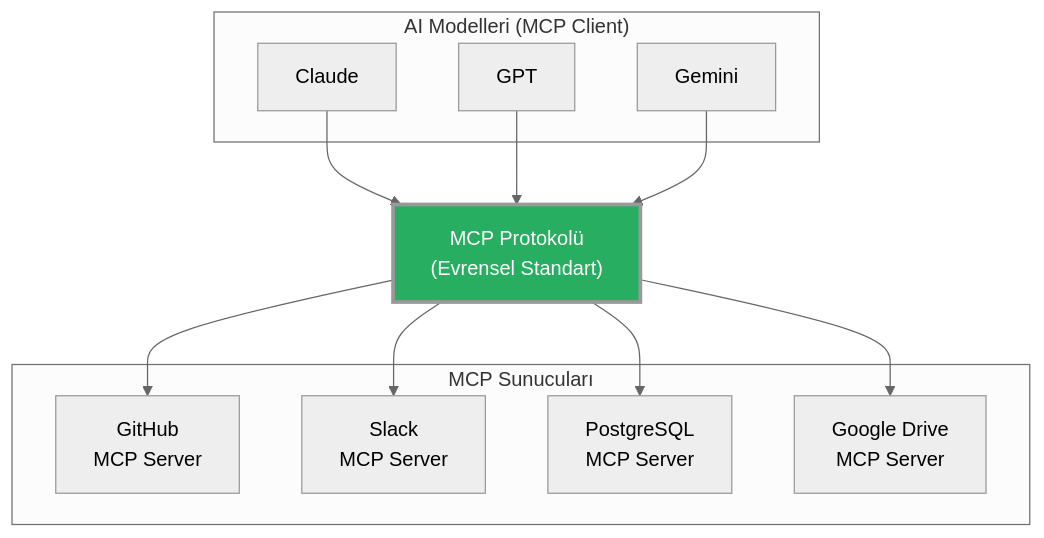
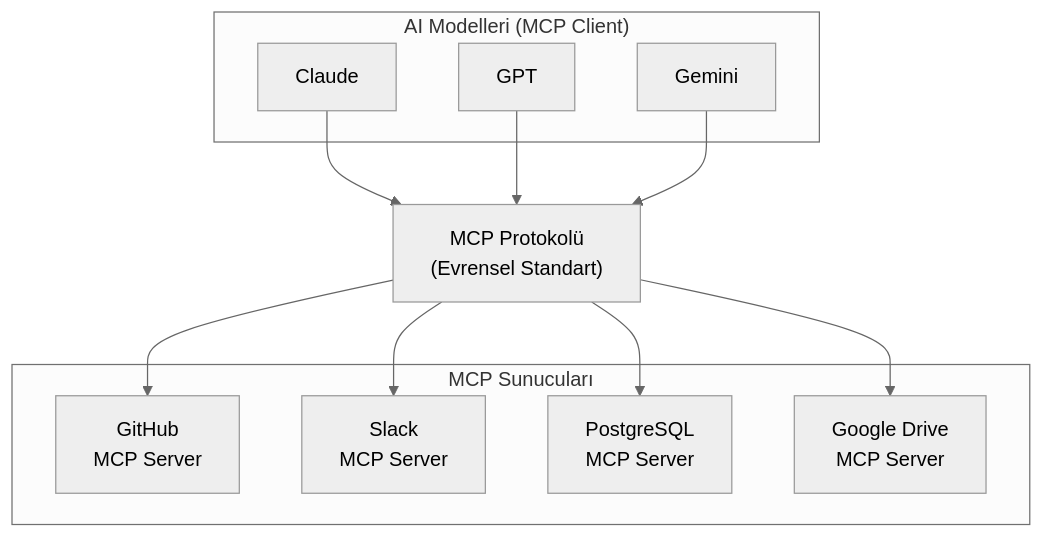
One commit to IzzetYasinAtes/ClaudeCodeHandbook changed the third of 8 diagrams in 11-mcp/01-mcp-nedir.md. Above: the diagram before and after it, drawn with Mermaid (neutral theme). The commit also changed other lines of this file and 97 other files, not shown here.

Commit message:
Remove all custom Mermaid style/fill colors from 98 markdown files for consistent dark theme rendering

````diff
--- a/11-mcp/01-mcp-nedir.md
+++ b/11-mcp/01-mcp-nedir.md
@@ -93,28 +91,27 @@
 ```mermaid
 flowchart TD
     subgraph modeller ["AI Modelleri (MCP Client)"]
         M1["Claude"]
         M2["GPT"]
         M3["Gemini"]
     end
 
     MCP_LAYER["MCP Protokolü<br/>(Evrensel Standart)"]
 
     subgraph sunucular ["MCP Sunucuları"]
         S1["GitHub<br/>MCP Server"]
         S2["Slack<br/>MCP Server"]
         S3["PostgreSQL<br/>MCP Server"]
         S4["Google Drive<br/>MCP Server"]
     end
 
     M1 --> MCP_LAYER
     M2 --> MCP_LAYER
     M3 --> MCP_LAYER
 
     MCP_LAYER --> S1
     MCP_LAYER --> S2
     MCP_LAYER --> S3
     MCP_LAYER --> S4
 
-    style MCP_LAYER fill:#27AE60,color:#fff,stroke-width:3px
 ```
````
